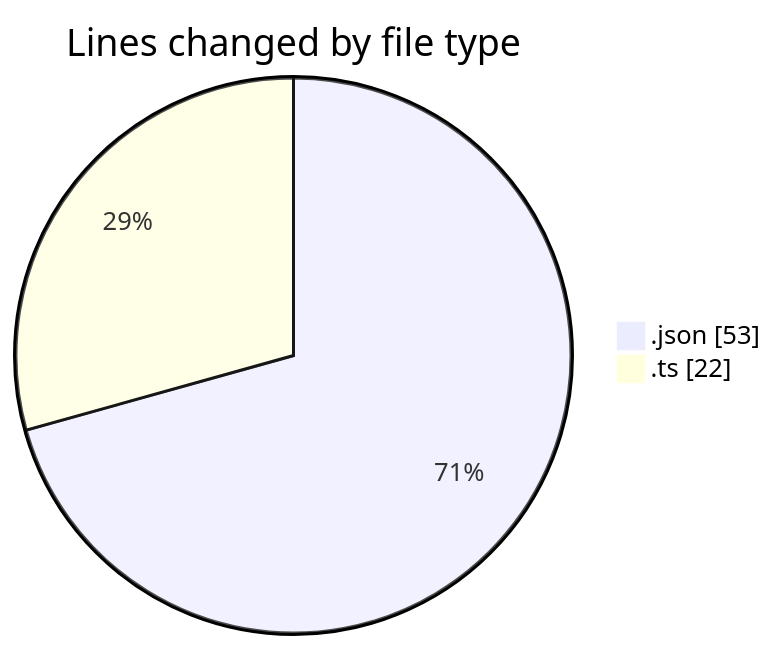
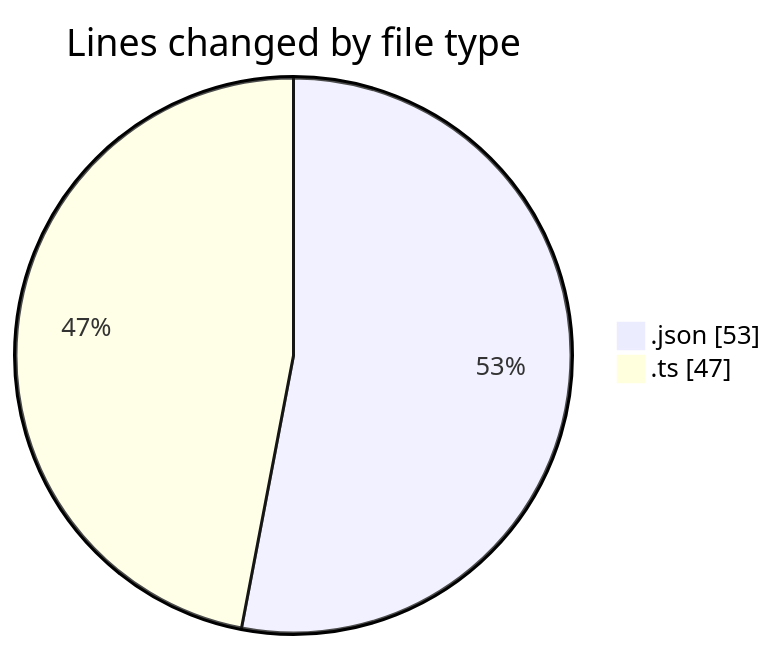
The first of 2 diagrams in 2025-05-22/expensetracker/README.md (Ritupan-Deka/code-tracking), drawn with Mermaid before and after one commit. The commit also changed other lines of this file and 1 other file, not shown here.

````diff
--- a/2025-05-22/expensetracker/README.md
+++ b/2025-05-22/expensetracker/README.md
@@ -22,6 +22,6 @@
 ```mermaid
 pie showData
 title Lines changed by file type
 ".json" : 53
-".ts" : 22
+".ts" : 47
 ```
````
